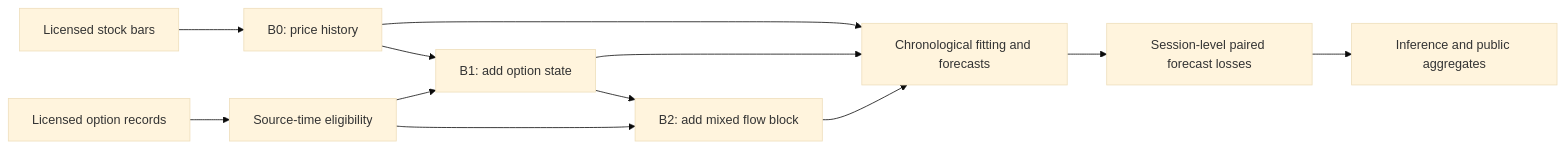
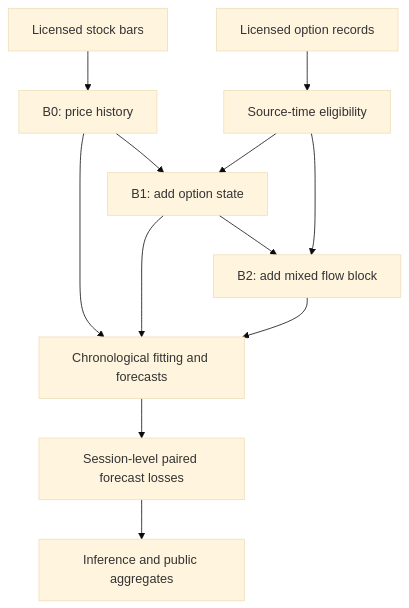
The diagram in README.md (mguerrero896/does-option-flow-predict-volatility), drawn with Mermaid (base theme) before and after one commit.

Commit message:
docs: keep the method flow readable at repository width

````diff
--- a/README.md
+++ b/README.md
@@ -60,14 +60,14 @@
 ```mermaid
-flowchart LR
+flowchart TD
     P[Licensed stock bars] --> B0[B0: price history]
     O[Licensed option records] --> T[Source-time eligibility]
     B0 --> B1[B1: add option state]
     T --> B1
     B1 --> B2[B2: add mixed flow block]
     T --> B2
     B0 --> M[Chronological fitting and forecasts]
     B1 --> M
     B2 --> M
     M --> L[Session-level paired forecast losses]
     L --> E[Inference and public aggregates]
 ```
````
